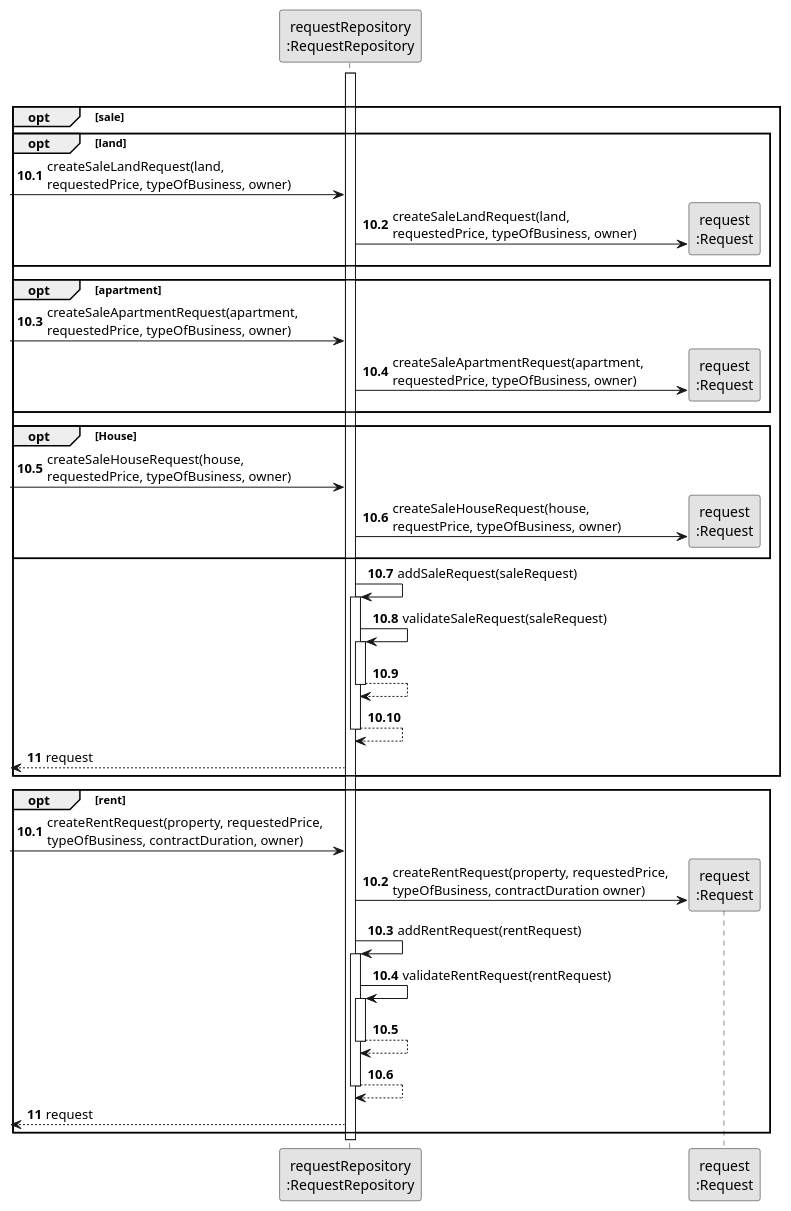
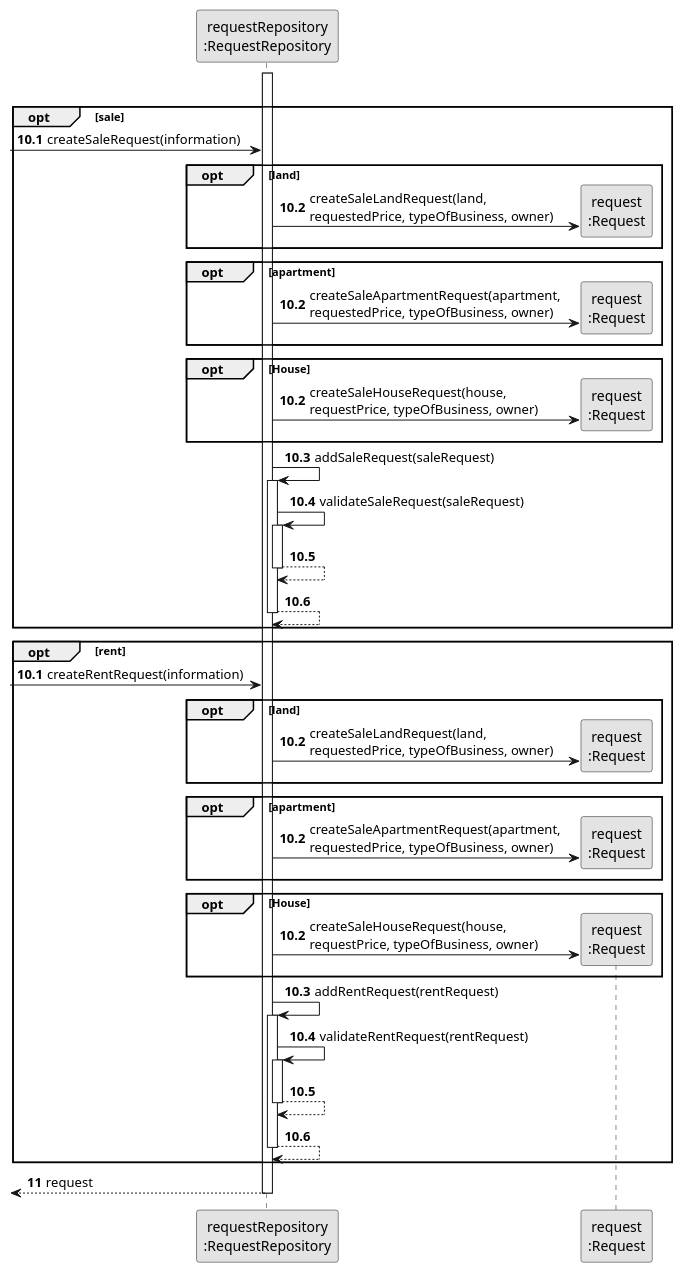
The diagram in docs/Sprint-C/US012/03.design/puml/us012-sequence-diagram-partial-create-request.puml (Rodrick0209/ISEP-LAPR2-22-23), drawn with PlantUML before and after one commit. The commit also changed 6 other files, not shown here.

```diff
--- a/docs/Sprint-C/US012/03.design/puml/us012-sequence-diagram-partial-create-request.puml
+++ b/docs/Sprint-C/US012/03.design/puml/us012-sequence-diagram-partial-create-request.puml
@@ -1,65 +1,75 @@
 @startuml
 skinparam monochrome true
 skinparam packageStyle rectangle
 skinparam shadowing false
 
 participant "requestRepository\n:RequestRepository" as RequestRepository
 participant "request\n:Request" as Request
 
 autonumber 10.1
 group Create Request
 activate RequestRepository
 
 opt sale
 autonumber 10.1
+-> RequestRepository: createSaleRequest(information)
 opt land
--> RequestRepository: createSaleLandRequest(land, \nrequestedPrice, typeOfBusiness, owner)
 
         RequestRepository -> Request**: createSaleLandRequest(land, \nrequestedPrice, typeOfBusiness, owner)
 end
+autonumber 10.2
 opt apartment
--> RequestRepository: createSaleApartmentRequest(apartment, \nrequestedPrice, typeOfBusiness, owner)
 
         RequestRepository -> Request** : createSaleApartmentRequest(apartment, \nrequestedPrice, typeOfBusiness, owner)
 end
+autonumber 10.2
 opt House
--> RequestRepository: createSaleHouseRequest(house, \nrequestedPrice, typeOfBusiness, owner)
 
         RequestRepository -> Request** : createSaleHouseRequest(house, \nrequestPrice, typeOfBusiness, owner)
 end
             RequestRepository -> RequestRepository: addSaleRequest(saleRequest)
             deactivate Request
         activate RequestRepository
             RequestRepository -> RequestRepository: validateSaleRequest(saleRequest)
             activate RequestRepository
                 RequestRepository --> RequestRepository
             deactivate RequestRepository
 
             RequestRepository --> RequestRepository
         deactivate RequestRepository
-
-    autonumber 11
-    <-- RequestRepository : request
     end
 
 opt rent
 autonumber 10.1
--> RequestRepository: createRentRequest(property, requestedPrice, \ntypeOfBusiness, contractDuration, owner)
-    RequestRepository -> Request**: createRentRequest(property, requestedPrice, \ntypeOfBusiness, contractDuration owner)
+-> RequestRepository: createRentRequest(information)
+opt land
+
+        RequestRepository -> Request**: createSaleLandRequest(land, \nrequestedPrice, typeOfBusiness, owner)
+end
+autonumber 10.2
+opt apartment
+
+        RequestRepository -> Request** : createSaleApartmentRequest(apartment, \nrequestedPrice, typeOfBusiness, owner)
+end
+autonumber 10.2
+opt House
+
+        RequestRepository -> Request** : createSaleHouseRequest(house, \nrequestPrice, typeOfBusiness, owner)
+end
                 RequestRepository -> RequestRepository: addRentRequest(rentRequest)
                 deactivate Request
             activate RequestRepository
                 RequestRepository -> RequestRepository: validateRentRequest(rentRequest)
                 activate RequestRepository
                     RequestRepository --> RequestRepository
                 deactivate RequestRepository
 
                 RequestRepository --> RequestRepository
             deactivate RequestRepository
 
+        end
         autonumber 11
         <-- RequestRepository : request
-        end
 deactivate RequestRepository
 
 @enduml
```
